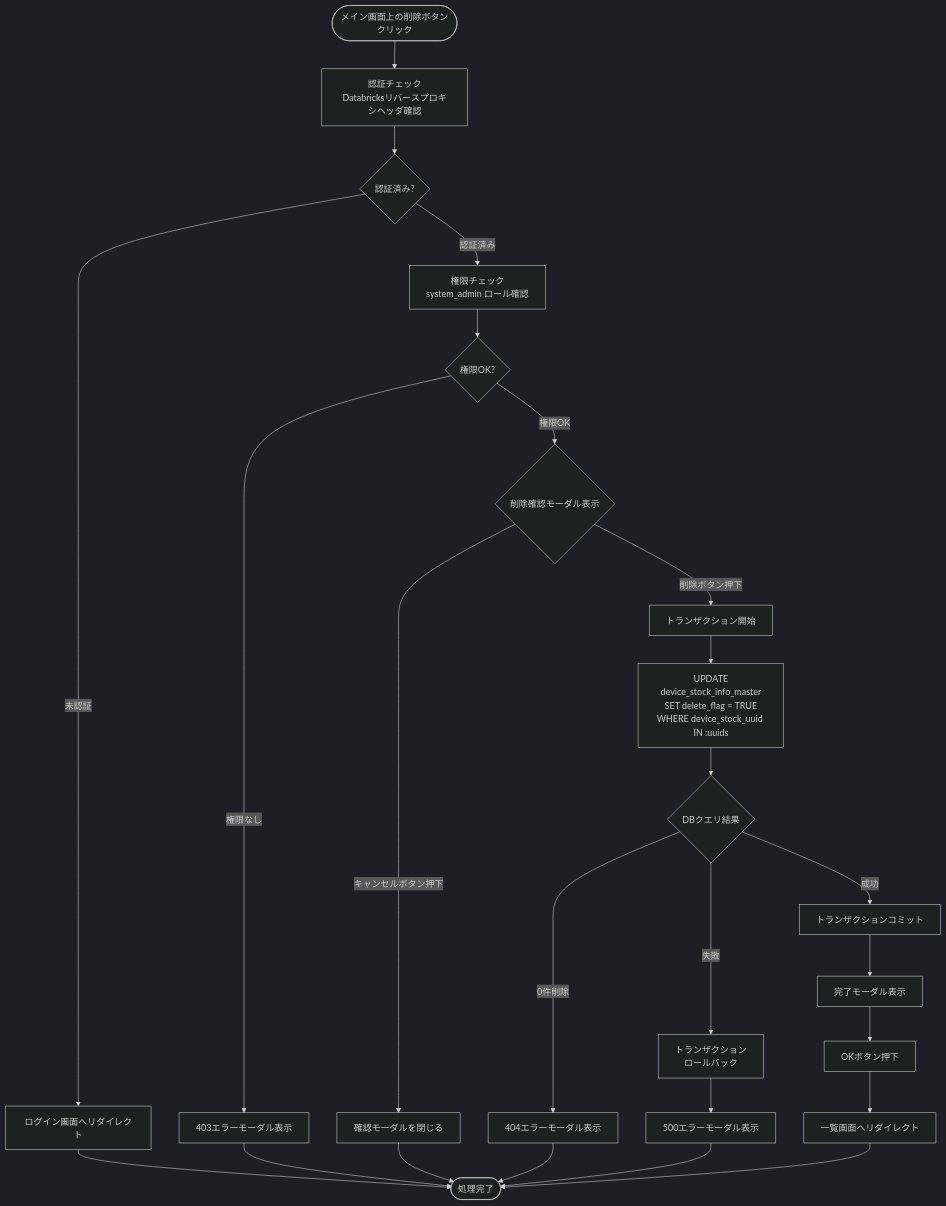
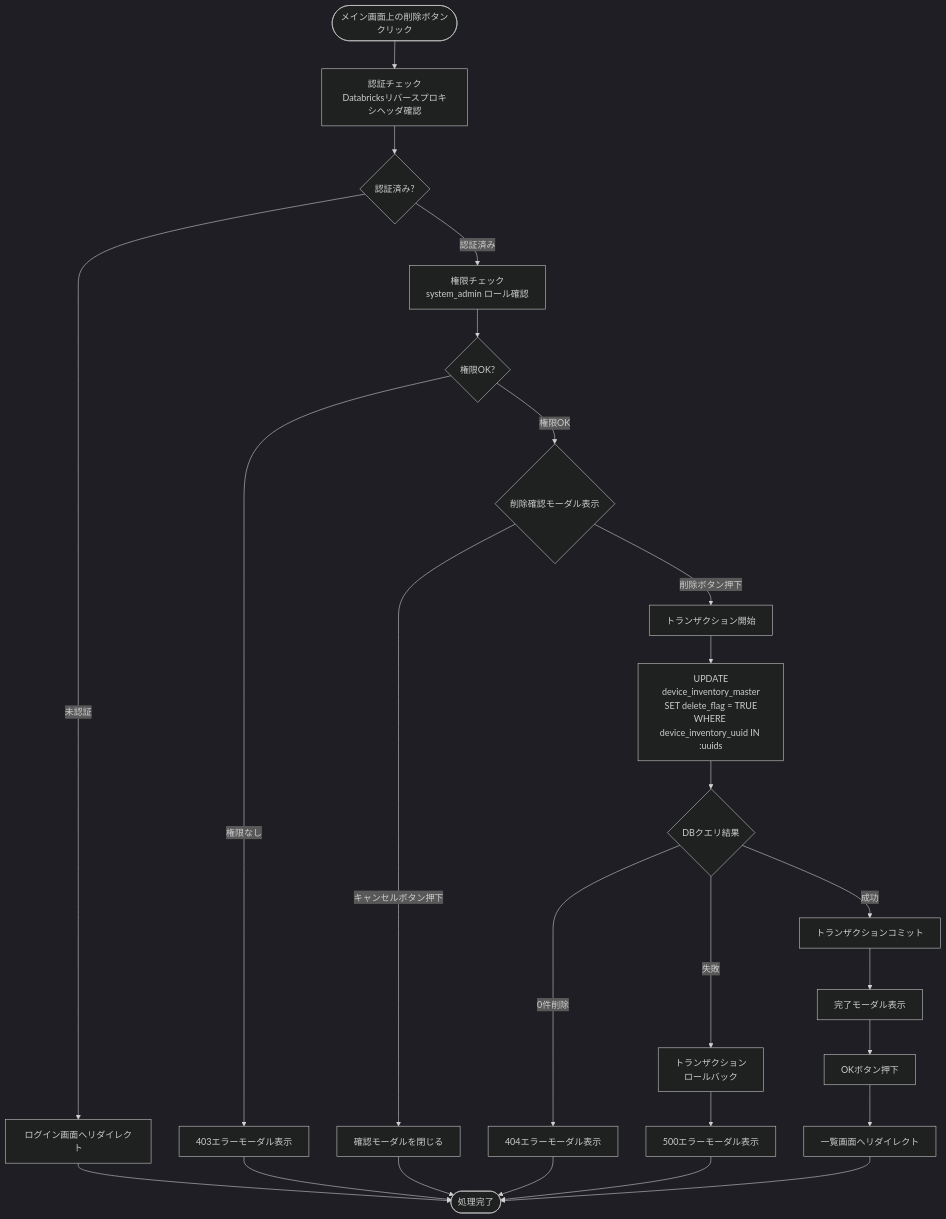
Before and after one commit to NSW-SVCP-AIWG002/Databricks-IoT: the seventh of 9 diagrams in docs/03-features/flask-app/device-inventory/workflow-specification.md, drawn with Mermaid (dark theme). The commit also changed other lines of this file and 4 other files, not shown here.

````diff
--- a/docs/03-features/flask-app/device-inventory/workflow-specification.md
+++ b/docs/03-features/flask-app/device-inventory/workflow-specification.md
@@ -690,33 +690,33 @@
 ```mermaid
 flowchart TD
     Start([メイン画面上の削除ボタン<br>クリック]) --> Auth[認証チェック<br>Databricksリバースプロキシヘッダ確認]
     Auth --> CheckAuth{認証済み?}
     CheckAuth -->|未認証| Error401[ログイン画面へリダイレクト]
     Error401 --> End([処理完了])
 
     CheckAuth -->|認証済み| Permission[権限チェック<br>system_admin ロール確認]
     Permission --> CheckPerm{権限OK?}
     CheckPerm -->|権限なし| Error403[403エラーモーダル表示]
     Error403 --> End
 
     CheckPerm -->|権限OK| OpenModal{削除確認モーダル表示}
     OpenModal -->|キャンセルボタン押下| CloseModal[確認モーダルを閉じる]
     CloseModal --> End
 
     OpenModal -->|削除ボタン押下| StartTx[トランザクション開始]
-    StartTx --> Delete[UPDATE<br>device_stock_info_master<br>SET delete_flag = TRUE<br>WHERE device_stock_uuid IN :uuids]
+    StartTx --> Delete[UPDATE<br>device_inventory_master<br>SET delete_flag = TRUE<br>WHERE device_inventory_uuid IN :uuids]
     Delete --> Query{DBクエリ結果}
 
     Query -->|0件削除| Error404[404エラーモーダル表示]
     Error404 --> End
 
     Query -->|失敗| Rollback[トランザクション<br>ロールバック]
     Rollback --> Error500[500エラーモーダル表示]
     Error500 --> End
 
     Query -->|成功| Commit[トランザクションコミット]
     Commit --> ShowModal[完了モーダル表示]
     ShowModal --> ClickOK[OKボタン押下]
     ClickOK --> Redirect[一覧画面へリダイレクト]
     Redirect --> End
 ```
````
